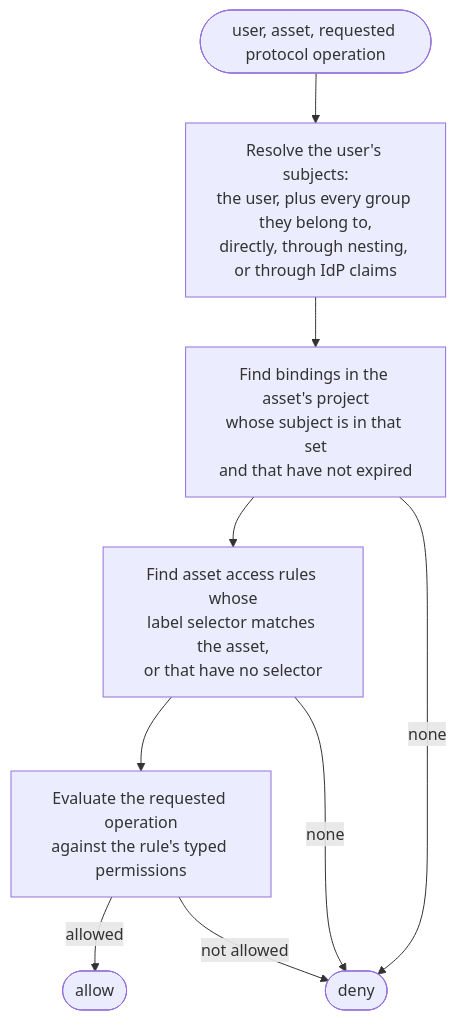
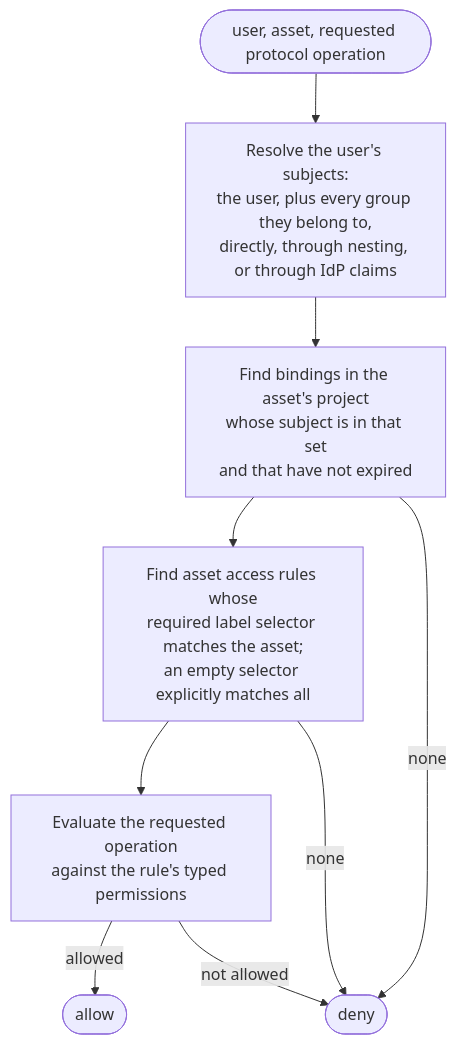
Before and after one commit to tidegate-dev/enhancements: the third of 3 diagrams in teps/0003-data-model/README.md, drawn with Mermaid. The commit also changed other lines of this file, not shown here.

````diff
--- a/teps/0003-data-model/README.md
+++ b/teps/0003-data-model/README.md
@@ -344,15 +397,15 @@
 ```mermaid
 flowchart TB
     start(["user, asset, requested protocol operation"])
     subjects["Resolve the user's subjects:<br>the user, plus every group they belong to,<br>directly, through nesting, or through IdP claims"]
     bindings["Find bindings in the asset's project<br>whose subject is in that set<br>and that have not expired"]
-    roles["Find asset access rules whose<br>label selector matches the asset,<br>or that have no selector"]
+    roles["Find asset access rules whose<br>required label selector matches the asset;<br>an empty selector explicitly matches all"]
     permissions["Evaluate the requested operation<br>against the rule's typed permissions"]
     allow(["allow"])
     deny(["deny"])
     start --> subjects --> bindings --> roles --> permissions
     permissions -->|"allowed"| allow
     permissions -->|"not allowed"| deny
     bindings -->|"none"| deny
     roles -->|"none"| deny
 ```
````
